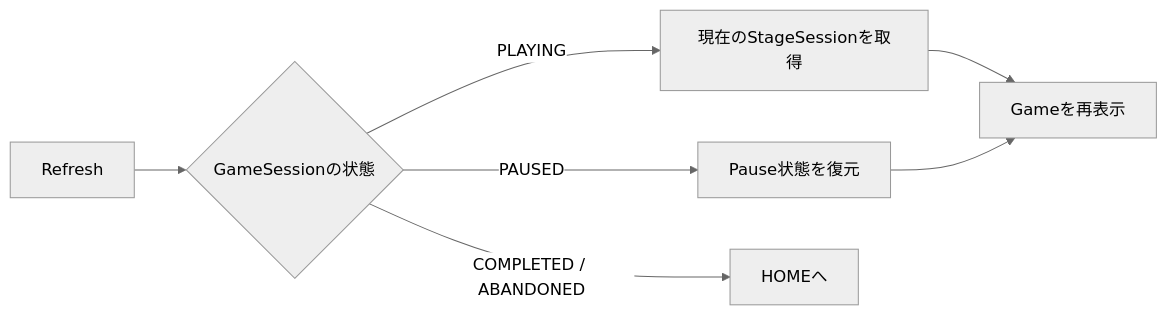
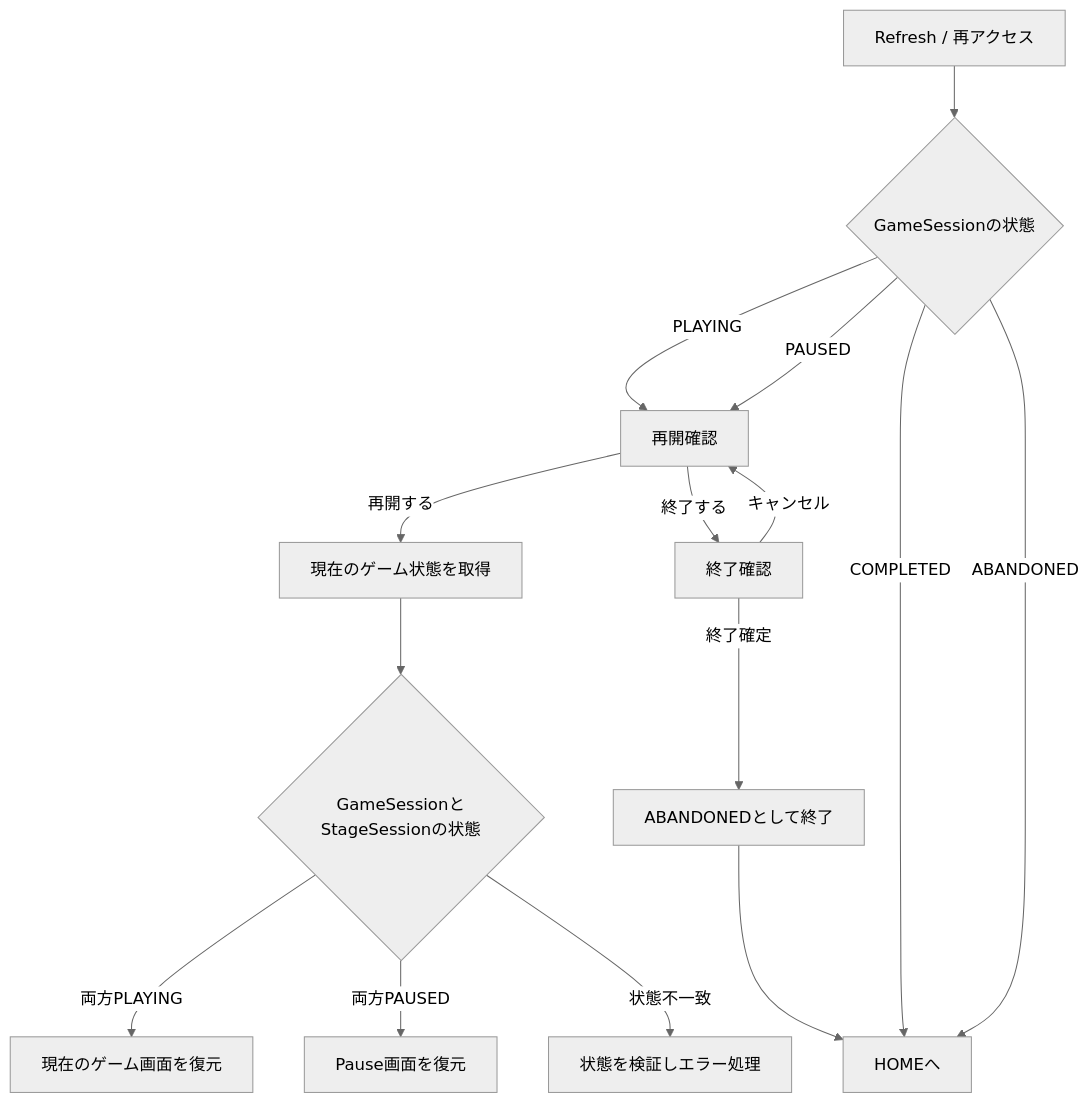
Before and after one commit to suu-dev-0203/graduation_JAVAgame: the ninth of 29 diagrams in README.md, drawn with Mermaid (neutral theme). The commit also changed other lines of this file, not shown here.

````diff
--- a/README.md
+++ b/README.md
@@ -521,9 +562,17 @@
 ```mermaid
-flowchart LR
-    R[Refresh] --> S{GameSessionの状態}
-    S -->|PLAYING| C[現在のStageSessionを取得]
-    S -->|PAUSED| P[Pause状態を復元]
-    S -->|COMPLETED / ABANDONED| H[HOMEへ]
-    C --> G[Gameを再表示]
-    P --> G
+flowchart TD
+    R[Refresh / 再アクセス] --> S{GameSessionの状態}
+    S -->|PLAYING| P[再開確認]
+    S -->|PAUSED| P
+    S -->|COMPLETED| H[HOMEへ]
+    S -->|ABANDONED| H
+    P -->|再開する| C[現在のゲーム状態を取得]
+    P -->|終了する| A[終了確認]
+    A -->|終了確定| AB[ABANDONEDとして終了]
+    A -->|キャンセル| P
+    AB --> H
+    C --> V{GameSessionとStageSessionの状態}
+    V -->|両方PLAYING| G[現在のゲーム画面を復元]
+    V -->|両方PAUSED| PA[Pause画面を復元]
+    V -->|状態不一致| E[状態を検証しエラー処理]
 ```
````
